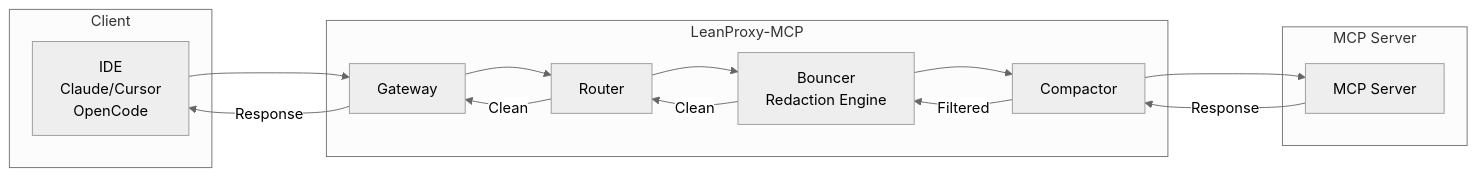
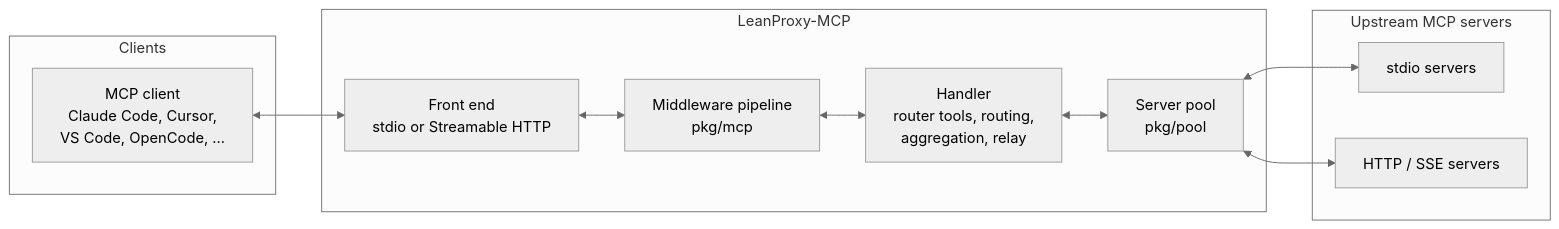
The first of 3 diagrams in docs/architecture.md (mmornati/leanproxy-mcp), drawn with Mermaid (neutral theme) before and after one commit. The commit also changed other lines of this file and 10 other files, not shown here.

First line of the commit message:
docs: correct dashboard, extensions, observability and architecture pages

````diff
--- a/docs/architecture.md
+++ b/docs/architecture.md
@@ -9,28 +13,25 @@
 ```mermaid
 graph LR
-    subgraph Client
-        IDE[IDE<br/>Claude/Cursor<br/>OpenCode]
+    subgraph Clients
+        IDE[MCP client<br/>Claude Code, Cursor,<br/>VS Code, OpenCode, ...]
     end
-    
+
     subgraph LeanProxy["LeanProxy-MCP"]
-        Gateway[Gateway]
-        Router[Router]
-        Bouncer[Bouncer<br/>Redaction Engine]
-        Compactor[Compactor]
+        FE[Front end<br/>stdio or Streamable HTTP]
+        PL[Middleware pipeline<br/>pkg/mcp]
+        HD[Handler<br/>router tools, routing,<br/>aggregation, relay]
+        PO[Server pool<br/>pkg/pool]
     end
-    
-    subgraph Server["MCP Server"]
-        MCP[MCP Server]
+
+    subgraph Upstreams["Upstream MCP servers"]
+        S1[stdio servers]
+        S2[HTTP / SSE servers]
     end
-    
-    IDE --> Gateway
-    Gateway --> Router
-    Router --> Bouncer
-    Bouncer --> Compactor
-    Compactor --> MCP
-    MCP -->|Response| Compactor
-    Compactor -->|Filtered| Bouncer
-    Bouncer -->|Clean| Router
-    Router -->|Clean| Gateway
-    Gateway -->|Response| IDE
+
+    IDE <--> FE
+    FE <--> PL
+    PL <--> HD
+    HD <--> PO
+    PO <--> S1
+    PO <--> S2
 ```
````
